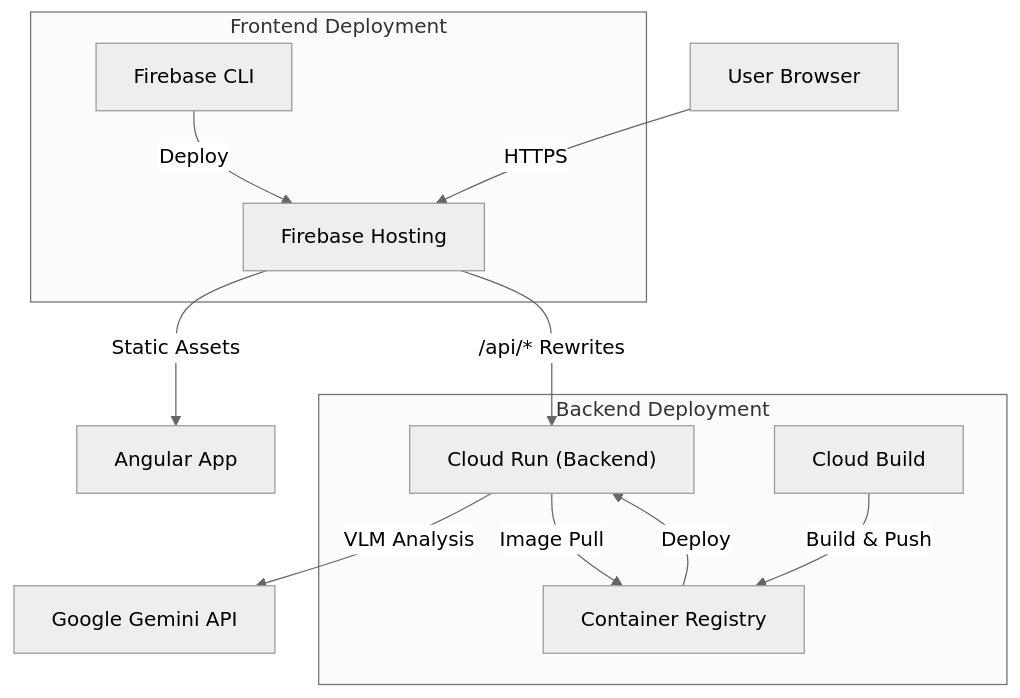
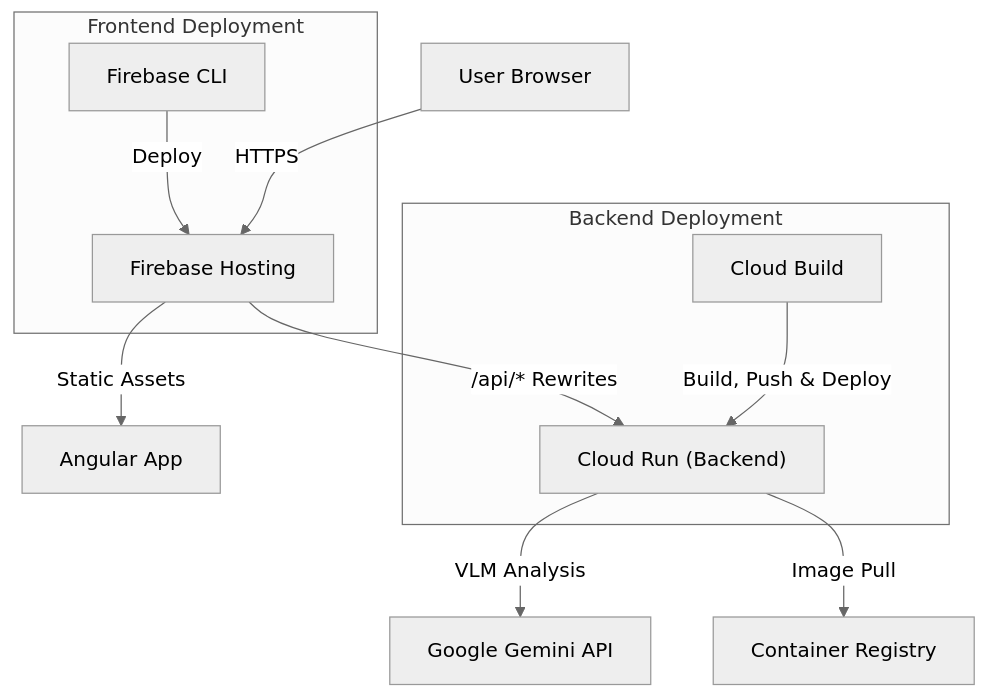
One commit to roboojack/alv changed the first of 2 diagrams in README.md. Above: the diagram before and after it, drawn with Mermaid (neutral theme). The commit also changed other lines of this file and 3 other files, not shown here.

````diff
--- a/README.md
+++ b/README.md
@@ -19,17 +19,16 @@
 ```mermaid
 graph TD
     User[User Browser] -->|HTTPS| Firebase[Firebase Hosting]
     Firebase -->|Static Assets| Angular[Angular App]
     Firebase -->|/api/* Rewrites| CloudRun["Cloud Run (Backend)"]
     CloudRun -->|VLM Analysis| Gemini["Google Gemini API"]
     CloudRun -->|Image Pull| GCR[Container Registry]
     
     subgraph Backend_Workflow [Backend Deployment]
-    CloudBuild[Cloud Build] -->|Build & Push| GCR
-    GCR -->|Deploy| CloudRun
+    CloudBuild[Cloud Build] -->|Build, Push & Deploy| CloudRun
     end
     
     subgraph Frontend_Workflow [Frontend Deployment]
     CLI[Firebase CLI] -->|Deploy| Firebase
     end
 ```
````
